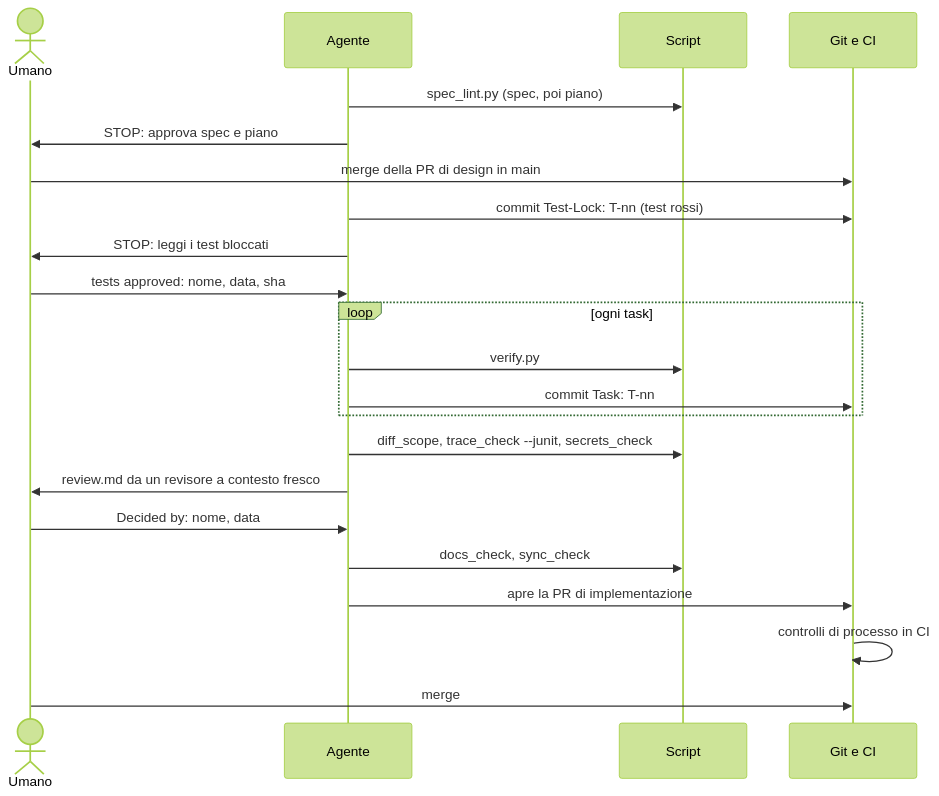
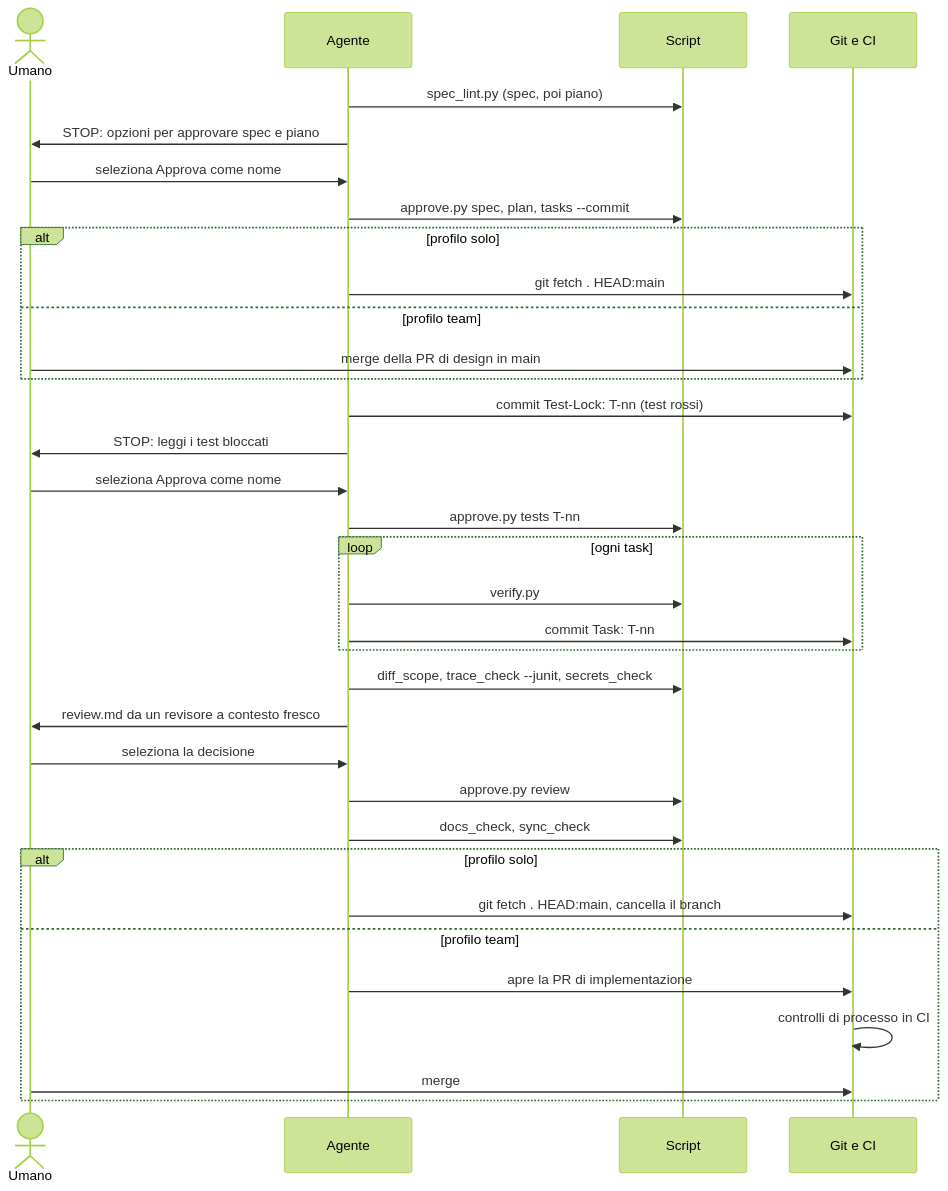
The second of 2 diagrams in docs/playbook-ai-software-lifecycle_IT.md (jumping2000/sdd-playbook), drawn with Mermaid (forest theme) before and after one commit. The commit also changed other lines of this file and 51 other files, not shown here.

````diff
--- a/docs/playbook-ai-software-lifecycle_IT.md
+++ b/docs/playbook-ai-software-lifecycle_IT.md
@@ -779,24 +807,36 @@
 ```mermaid
 sequenceDiagram
     actor H as Umano
     participant A as Agente
     participant S as Script
     participant G as Git e CI
     A->>S: spec_lint.py (spec, poi piano)
-    A->>H: STOP: approva spec e piano
-    H->>G: merge della PR di design in main
+    A->>H: STOP: opzioni per approvare spec e piano
+    H->>A: seleziona Approva come nome
+    A->>S: approve.py spec, plan, tasks --commit
+    alt profilo solo
+        A->>G: git fetch . HEAD:main
+    else profilo team
+        H->>G: merge della PR di design in main
+    end
     A->>G: commit Test-Lock: T-nn (test rossi)
     A->>H: STOP: leggi i test bloccati
-    H->>A: tests approved: nome, data, sha
+    H->>A: seleziona Approva come nome
+    A->>S: approve.py tests T-nn
     loop ogni task
         A->>S: verify.py
         A->>G: commit Task: T-nn
     end
     A->>S: diff_scope, trace_check --junit, secrets_check
     A->>H: review.md da un revisore a contesto fresco
-    H->>A: Decided by: nome, data
+    H->>A: seleziona la decisione
+    A->>S: approve.py review
     A->>S: docs_check, sync_check
-    A->>G: apre la PR di implementazione
-    G->>G: controlli di processo in CI
-    H->>G: merge
+    alt profilo solo
+        A->>G: git fetch . HEAD:main, cancella il branch
+    else profilo team
+        A->>G: apre la PR di implementazione
+        G->>G: controlli di processo in CI
+        H->>G: merge
+    end
 ```
````
